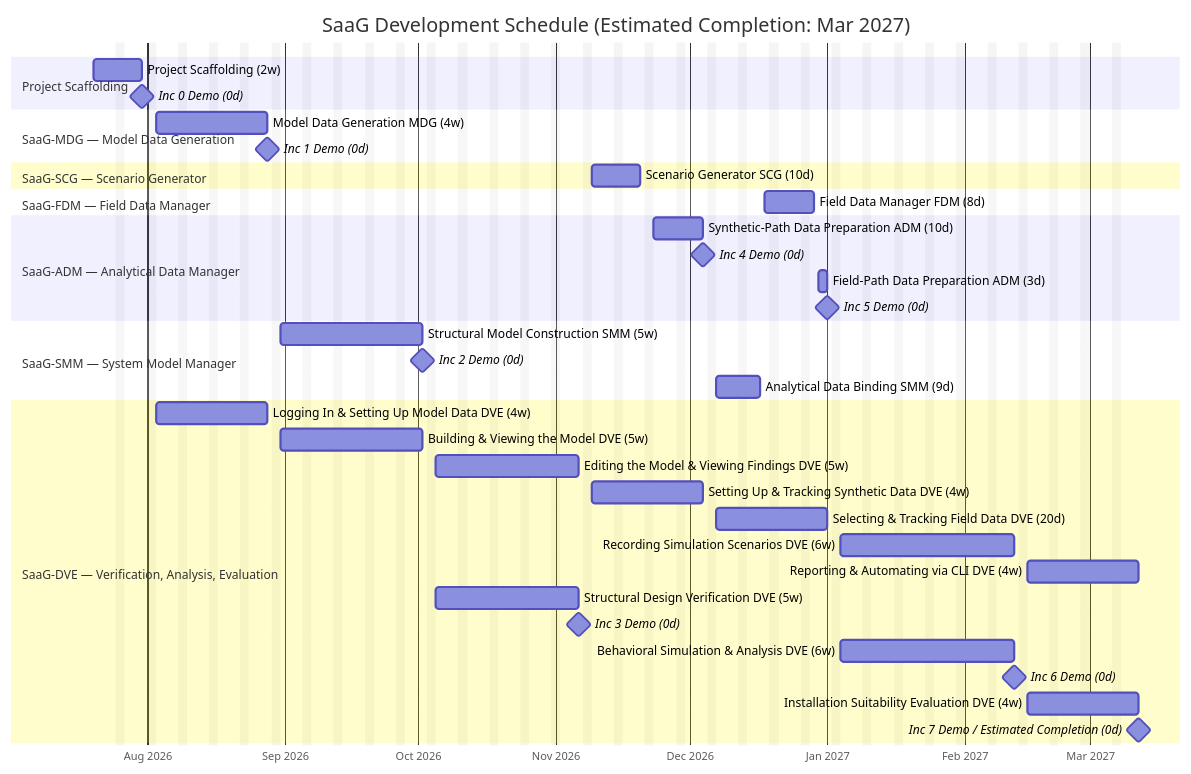
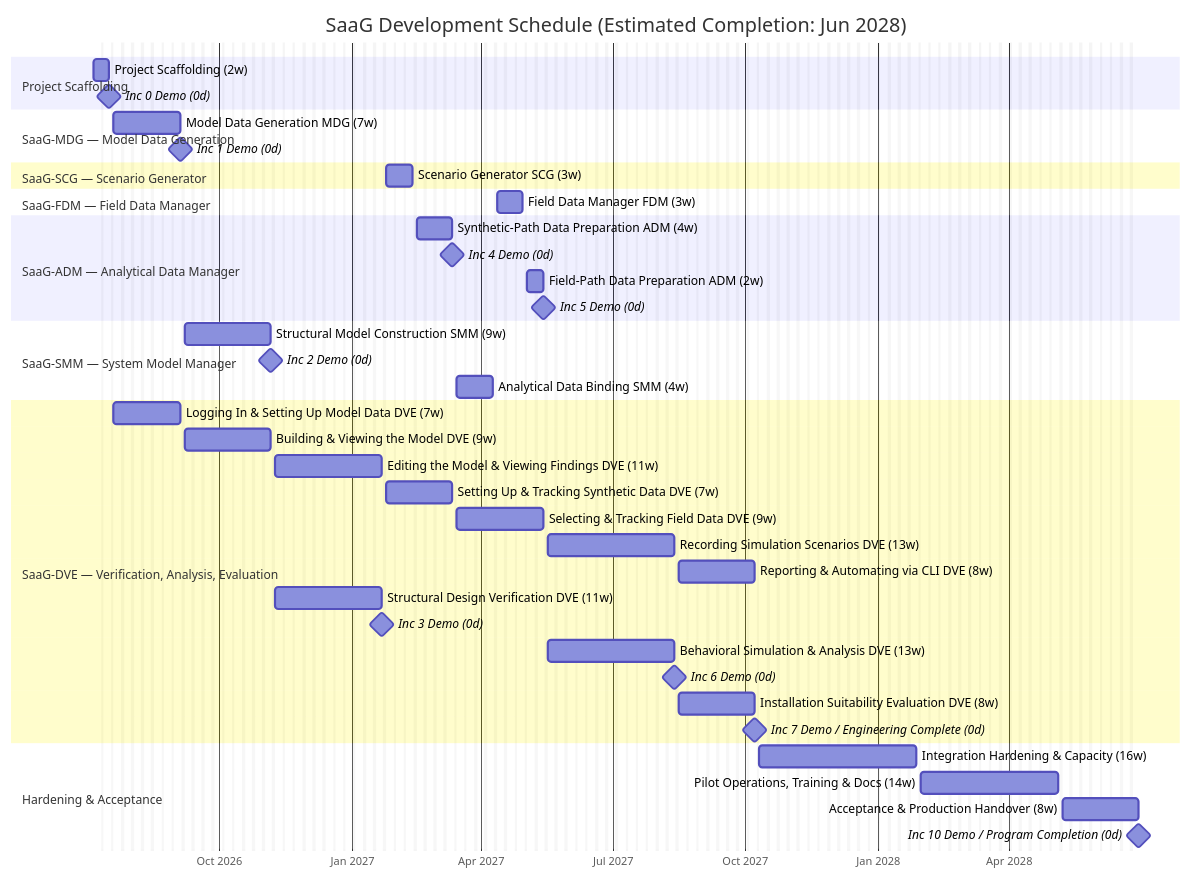
One commit to onuralpyigit/system-as-a-graph changed the diagram in docs/planning/SDP.md. Above: the diagram before and after it, drawn with Mermaid. The commit also changed other lines of this file and 2 other files, not shown here.

````diff
--- a/docs/planning/SDP.md
+++ b/docs/planning/SDP.md
@@ -298,48 +372,54 @@
 ```mermaid
 %%{init: { 'themeVariables': { 'excludeBkgColor': 'rgba(128,128,128,0.08)' } } }%%
 gantt
-    title SaaG Development Schedule (Estimated Completion: Mar 2027)
+    title SaaG Development Schedule (Estimated Completion: Jun 2028)
     dateFormat YYYY-MM-DD
     axisFormat %b %Y
     excludes weekends
 
     section Project Scaffolding
-    Project Scaffolding (2w)      :scaffold1, 2026-07-20, 2026-07-31
+    Project Scaffolding (2w)      :scaffold1, 2026-07-06, 2026-07-17
     Inc 0 Demo (0d)               :milestone, demo0, after scaffold1, 0d
 
     section SaaG-MDG — Model Data Generation
-    Model Data Generation MDG (4w)               :mdg, 2026-08-03, 2026-08-28
+    Model Data Generation MDG (7w)               :mdg, 2026-07-20, 2026-09-04
     Inc 1 Demo (0d)                                    :milestone, demo1, after mdg, 0d
 
     section SaaG-SCG — Scenario Generator
-    Scenario Generator SCG (10d)                       :scg, 2026-11-09, 2026-11-20
+    Scenario Generator SCG (3w)                       :scg, 2027-01-25, 2027-02-12
 
     section SaaG-FDM — Field Data Manager
-    Field Data Manager FDM (8d)                    :fdm, 2026-12-18, 2026-12-29
+    Field Data Manager FDM (3w)                    :fdm, 2027-04-12, 2027-04-30
 
     section SaaG-ADM — Analytical Data Manager
-    Synthetic-Path Data Preparation ADM (10d)          :adpa, 2026-11-23, 2026-12-04
+    Synthetic-Path Data Preparation ADM (4w)          :adpa, 2027-02-15, 2027-03-12
     Inc 4 Demo (0d)                                    :milestone, demo4, after adpa, 0d
-    Field-Path Data Preparation ADM (3d)                :adpb, 2026-12-30, 2027-01-01
+    Field-Path Data Preparation ADM (2w)                :adpb, 2027-05-03, 2027-05-14
     Inc 5 Demo (0d)                                    :milestone, demo5, after adpb, 0d
 
     section SaaG-SMM — System Model Manager
-    Structural Model Construction SMM (5w)             :smm01, 2026-08-31, 2026-10-02
+    Structural Model Construction SMM (9w)             :smm01, 2026-09-07, 2026-11-06
     Inc 2 Demo (0d)                                    :milestone, demo2, after smm01, 0d
-    Analytical Data Binding SMM (9d)                   :smm02, 2026-12-07, 2026-12-17
+    Analytical Data Binding SMM (4w)                   :smm02, 2027-03-15, 2027-04-09
 
     section SaaG-DVE — Verification, Analysis, Evaluation
-    Logging In & Setting Up Model Data DVE (4w)        :vae01a, 2026-08-03, 2026-08-28
-    Building & Viewing the Model DVE (5w)               :vae01b, 2026-08-31, 2026-10-02
-    Editing the Model & Viewing Findings DVE (5w)       :vae01c, 2026-10-05, 2026-11-06
-    Setting Up & Tracking Synthetic Data DVE (4w) :vae01de, 2026-11-09, 2026-12-04
-    Selecting & Tracking Field Data DVE (20d) :vae01f, 2026-12-07, 2027-01-01
-    Recording Simulation Scenarios DVE (6w)           :vae01g, 2027-01-04, 2027-02-12
-    Reporting & Automating via CLI DVE (4w)             :vae01h, 2027-02-15, 2027-03-12
-    Structural Design Verification DVE (5w)            :vae02, 2026-10-05, 2026-11-06
+    Logging In & Setting Up Model Data DVE (7w)        :vae01a, 2026-07-20, 2026-09-04
+    Building & Viewing the Model DVE (9w)               :vae01b, 2026-09-07, 2026-11-06
+    Editing the Model & Viewing Findings DVE (11w)       :vae01c, 2026-11-09, 2027-01-22
+    Setting Up & Tracking Synthetic Data DVE (7w) :vae01de, 2027-01-25, 2027-03-12
+    Selecting & Tracking Field Data DVE (9w) :vae01f, 2027-03-15, 2027-05-14
+    Recording Simulation Scenarios DVE (13w)           :vae01g, 2027-05-17, 2027-08-13
+    Reporting & Automating via CLI DVE (8w)             :vae01h, 2027-08-16, 2027-10-08
+    Structural Design Verification DVE (11w)            :vae02, 2026-11-09, 2027-01-22
     Inc 3 Demo (0d)                                    :milestone, demo3, after vae02, 0d
-    Behavioral Simulation & Analysis DVE (6w)          :vae03, 2027-01-04, 2027-02-12
+    Behavioral Simulation & Analysis DVE (13w)          :vae03, 2027-05-17, 2027-08-13
     Inc 6 Demo (0d)                                    :milestone, demo6, after vae03, 0d
-    Installation Suitability Evaluation DVE (4w)      :vae04, 2027-02-15, 2027-03-12
-    Inc 7 Demo / Estimated Completion (0d)             :milestone, completion, after vae04, 0d
+    Installation Suitability Evaluation DVE (8w)      :vae04, 2027-08-16, 2027-10-08
+    Inc 7 Demo / Engineering Complete (0d)             :milestone, engdone, after vae04, 0d
+
+    section Hardening & Acceptance
+    Integration Hardening & Capacity (16w) :hard, 2027-10-11, 2028-01-28
+    Pilot Operations, Training & Docs (14w) :pilot, 2028-01-31, 2028-05-05
+    Acceptance & Production Handover (8w) :accept, 2028-05-08, 2028-06-30
+    Inc 10 Demo / Program Completion (0d)             :milestone, completion, after accept, 0d
 ```
````
